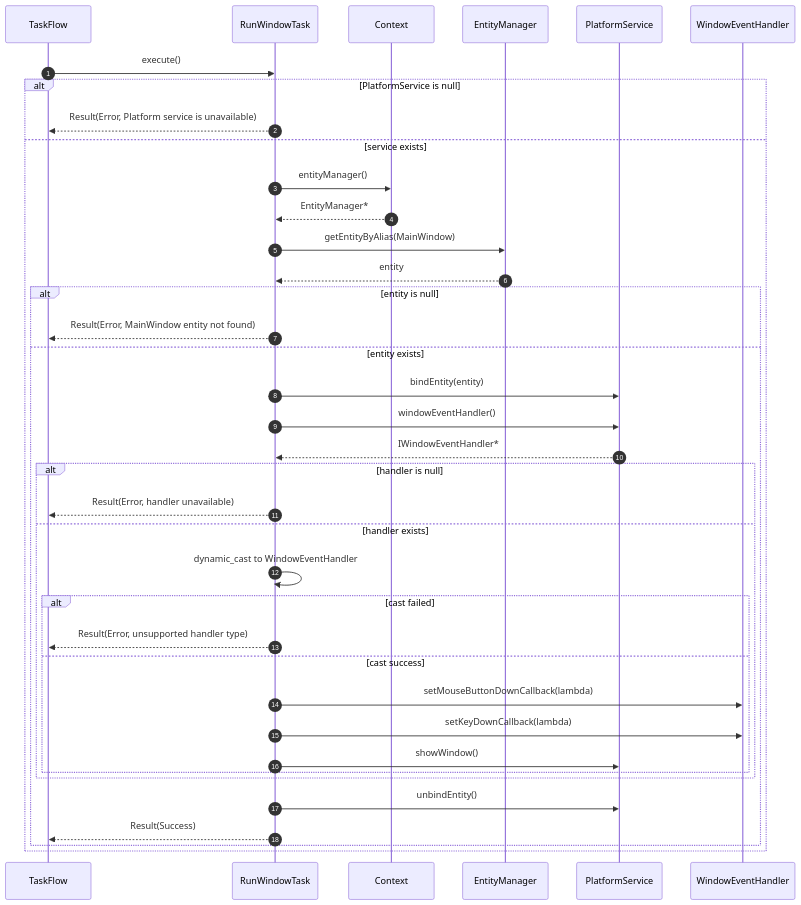
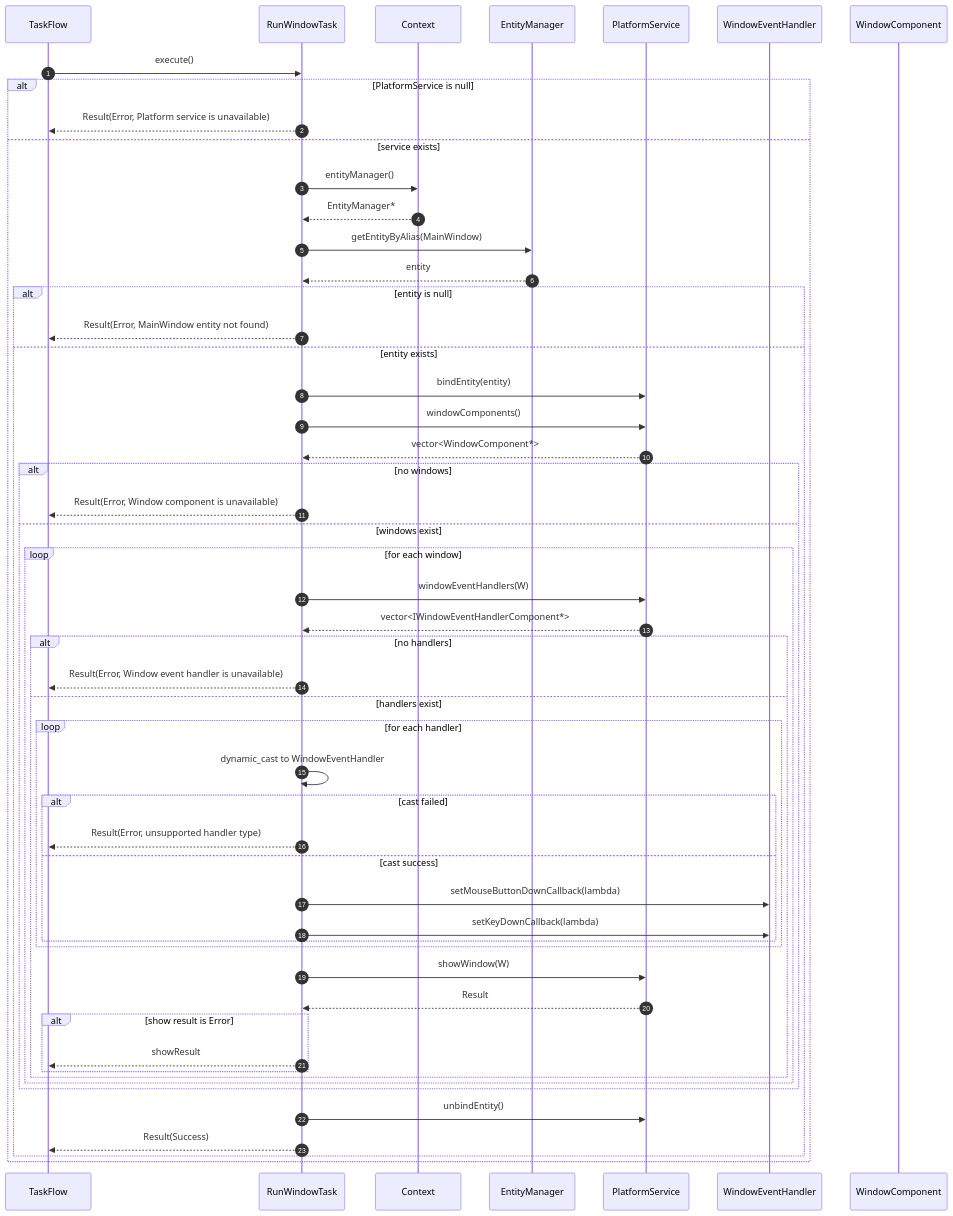
The diagram in doc/sequence/window/runwindowtask.md (vigine-dev/Vigine), drawn with Mermaid before and after one commit. The commit also changed 9 other files, not shown here.

````diff
--- a/doc/sequence/window/runwindowtask.md
+++ b/doc/sequence/window/runwindowtask.md
@@ -3,44 +3,61 @@
 ```mermaid
 sequenceDiagram
 autonumber
 participant Caller as TaskFlow
 participant T as RunWindowTask
 participant Ctx as Context
 participant EM as EntityManager
 participant PS as PlatformService
 participant WH as WindowEventHandler
+participant W as WindowComponent
 
 Caller->>T: execute()
 alt PlatformService is null
   T-->>Caller: Result(Error, Platform service is unavailable)
 else service exists
   T->>Ctx: entityManager()
   Ctx-->>T: EntityManager*
   T->>EM: getEntityByAlias(MainWindow)
   EM-->>T: entity
 
   alt entity is null
     T-->>Caller: Result(Error, MainWindow entity not found)
   else entity exists
     T->>PS: bindEntity(entity)
-    T->>PS: windowEventHandler()
-    PS-->>T: IWindowEventHandler*
+    T->>PS: windowComponents()
+    PS-->>T: vector<WindowComponent*>
 
-    alt handler is null
-      T-->>Caller: Result(Error, handler unavailable)
-    else handler exists
-      T->>T: dynamic_cast to WindowEventHandler
-      alt cast failed
-        T-->>Caller: Result(Error, unsupported handler type)
-      else cast success
-        T->>WH: setMouseButtonDownCallback(lambda)
-        T->>WH: setKeyDownCallback(lambda)
-        T->>PS: showWindow()
+    alt no windows
+      T-->>Caller: Result(Error, Window component is unavailable)
+    else windows exist
+      loop for each window
+        T->>PS: windowEventHandlers(W)
+        PS-->>T: vector<IWindowEventHandlerComponent*>
+
+        alt no handlers
+          T-->>Caller: Result(Error, Window event handler is unavailable)
+        else handlers exist
+          loop for each handler
+            T->>T: dynamic_cast to WindowEventHandler
+            alt cast failed
+              T-->>Caller: Result(Error, unsupported handler type)
+            else cast success
+              T->>WH: setMouseButtonDownCallback(lambda)
+              T->>WH: setKeyDownCallback(lambda)
+            end
+          end
+
+          T->>PS: showWindow(W)
+          PS-->>T: Result
+          alt show result is Error
+            T-->>Caller: showResult
+          end
+        end
       end
     end
 
     T->>PS: unbindEntity()
     T-->>Caller: Result(Success)
   end
 end
 ```
````
